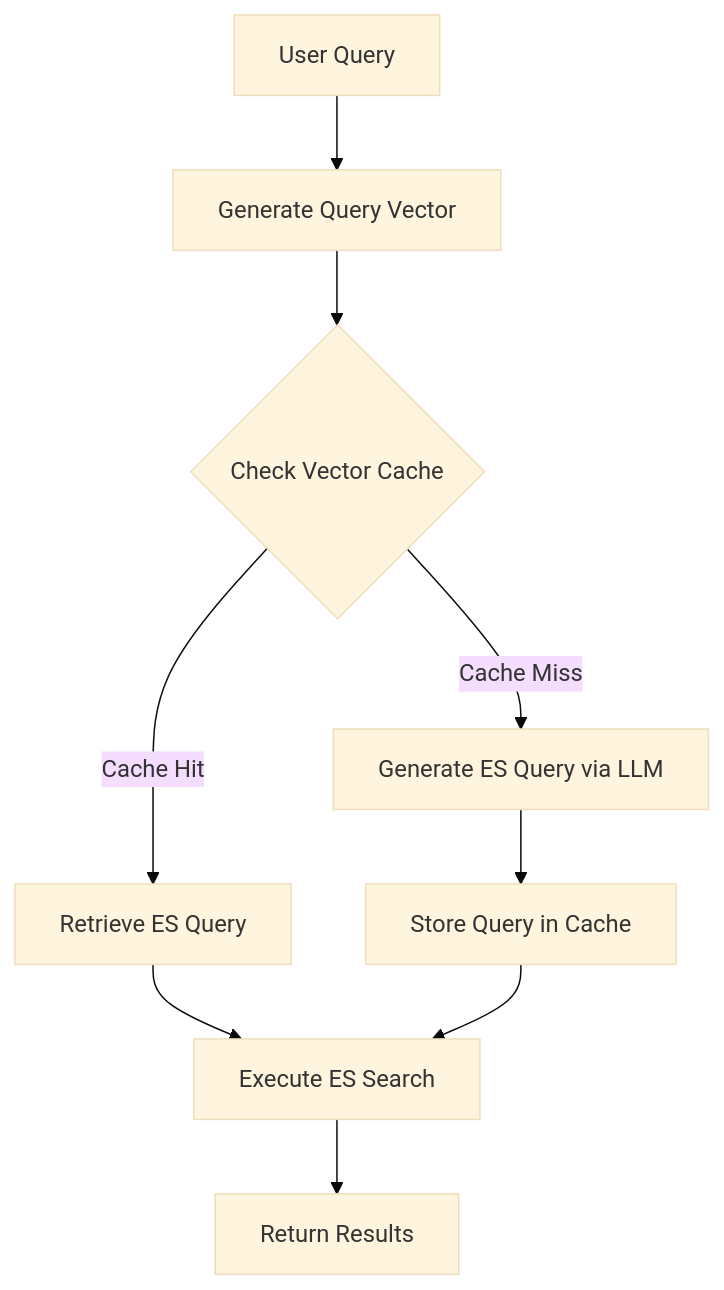
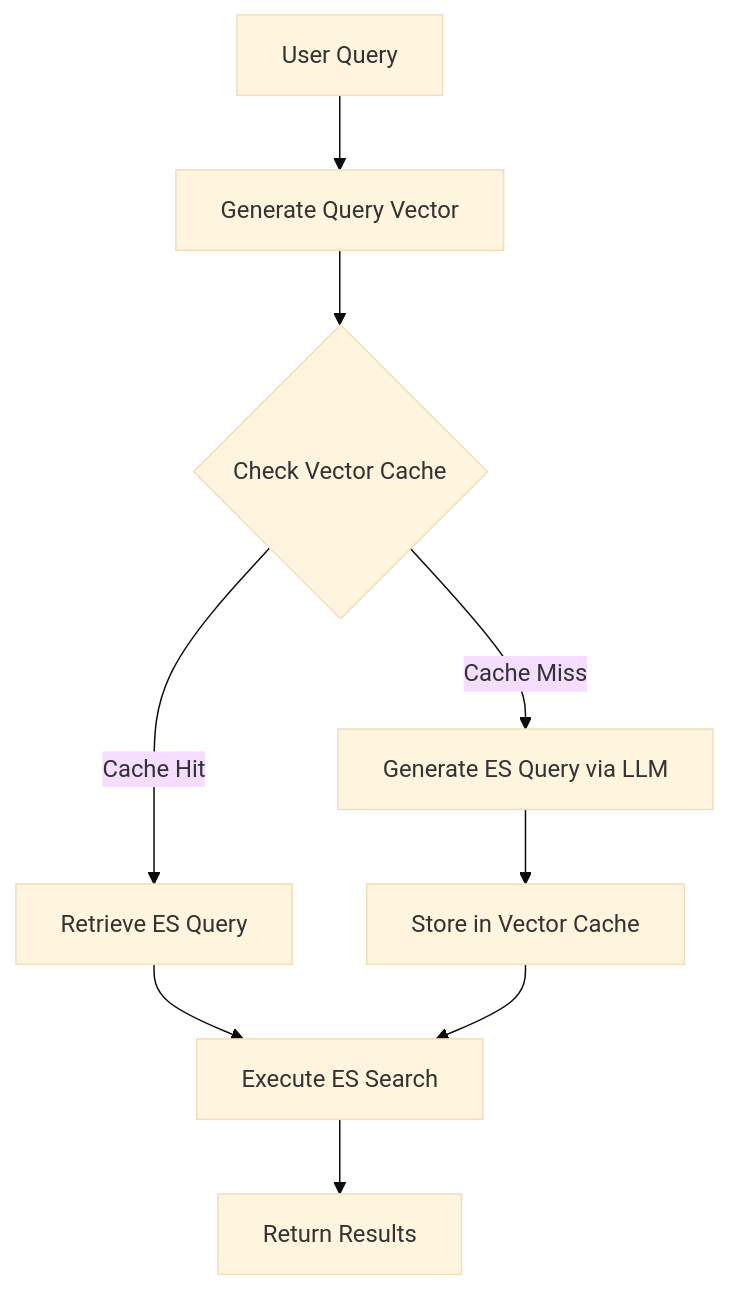
Before and after one commit to sagar-rout/HRLens: the diagram in README.md, drawn with Mermaid (base theme). The commit also changed other lines of this file and 8 other files, not shown here.

First line of the commit message:
Refactor vector cache and enhance query handling.

````diff
--- a/README.md
+++ b/README.md
@@ -22,11 +22,11 @@
 ```mermaid
 graph TD
     A[User Query] --> B[Generate Query Vector]
     B --> C{Check Vector Cache}
     C -->|Cache Hit| D[Retrieve ES Query]
     C -->|Cache Miss| E[Generate ES Query via LLM]
-    E --> F[Store Query in Cache]
+    E --> F[Store in Vector Cache]
     D --> G[Execute ES Search]
     F --> G
     G --> H[Return Results]
 ```
````
